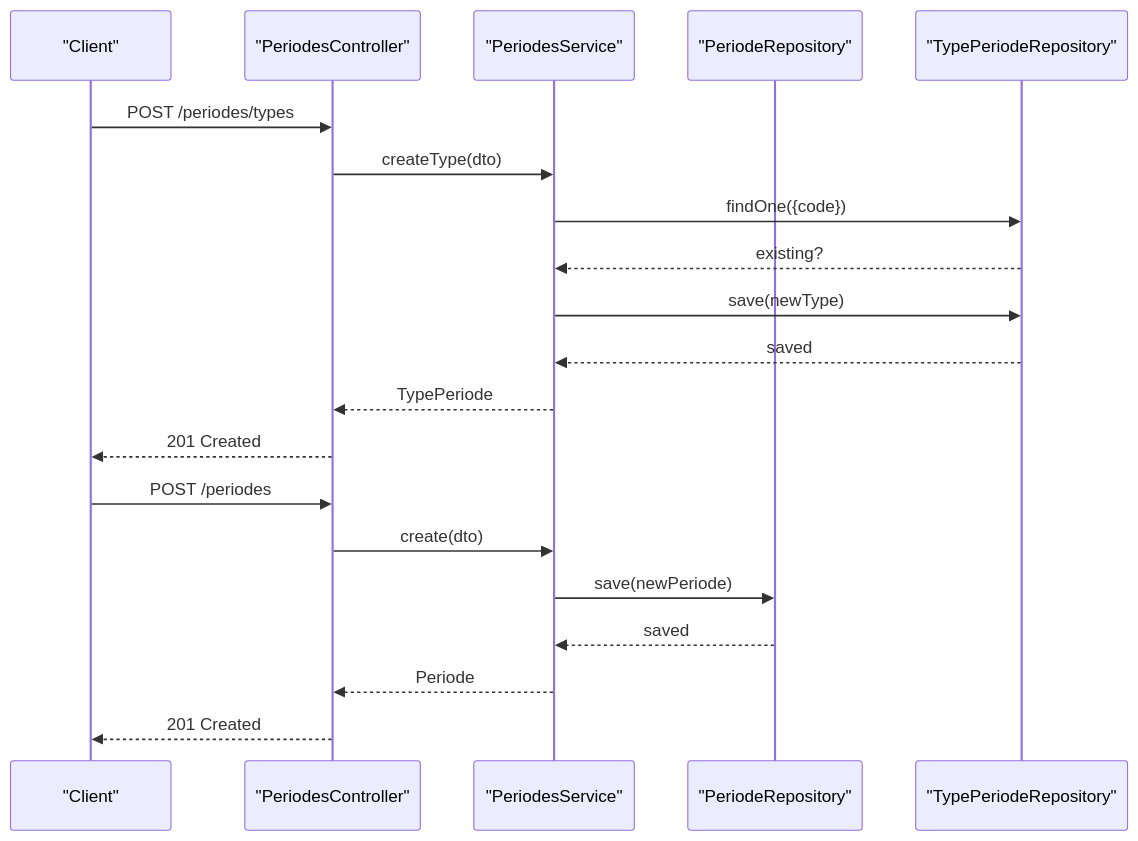
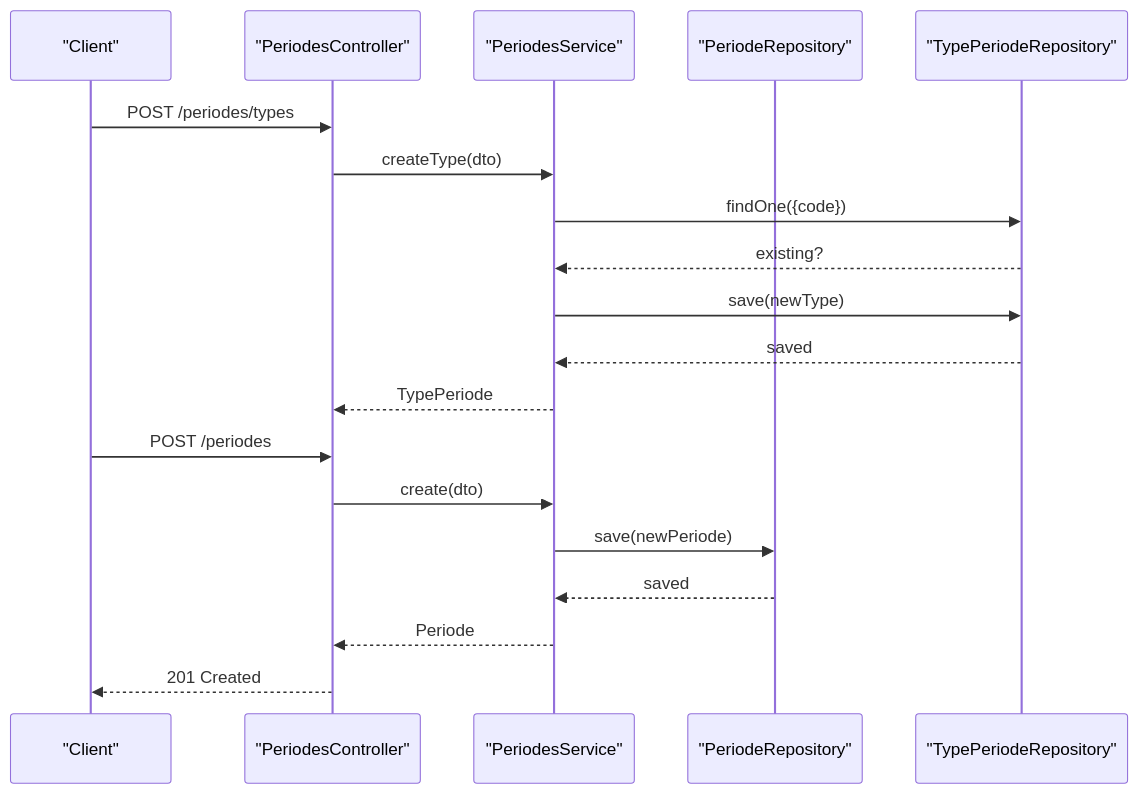
One commit to franckylab/eLISAschool changed the fourth of 6 diagrams in .qoder/repowiki/en/content/Modules & Features/Academic Modules/Academic Periods & Scheduling.md. Above: the diagram before and after it, drawn with Mermaid. The commit also changed other lines of this file and 53 other files, not shown here.

````diff
--- a/.qoder/repowiki/en/content/Modules & Features/Academic Modules/Academic Periods & Scheduling.md
+++ b/.qoder/repowiki/en/content/Modules & Features/Academic Modules/Academic Periods & Scheduling.md
@@ -346,22 +453,21 @@
 ```mermaid
 sequenceDiagram
 participant Client as "Client"
 participant Ctrl as "PeriodesController"
 participant Svc as "PeriodesService"
 participant Repo as "PeriodeRepository"
 participant TypeRepo as "TypePeriodeRepository"
 Client->>Ctrl : POST /periodes/types
 Ctrl->>Svc : createType(dto)
 Svc->>TypeRepo : findOne({code})
 TypeRepo-->>Svc : existing?
 Svc->>TypeRepo : save(newType)
 TypeRepo-->>Svc : saved
 Svc-->>Ctrl : TypePeriode
-Ctrl-->>Client : 201 Created
 Client->>Ctrl : POST /periodes
 Ctrl->>Svc : create(dto)
 Svc->>Repo : save(newPeriode)
 Repo-->>Svc : saved
 Svc-->>Ctrl : Periode
 Ctrl-->>Client : 201 Created
 ```
````
